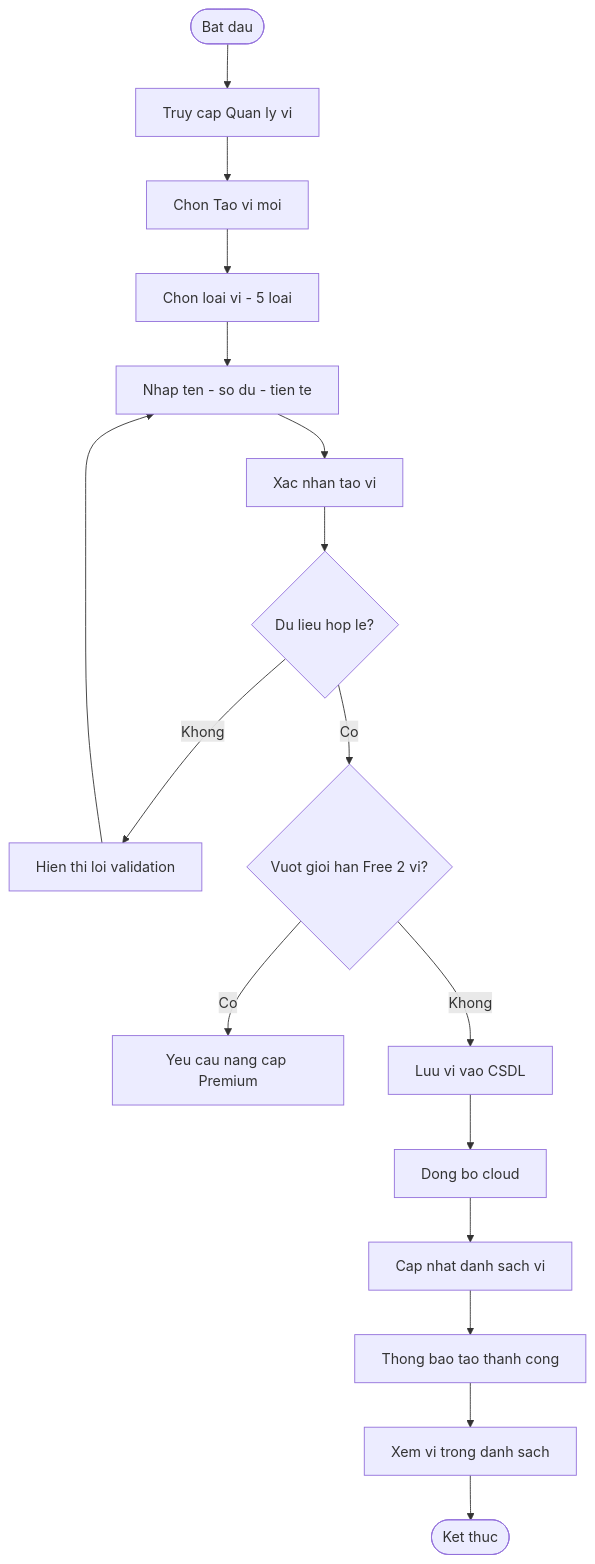
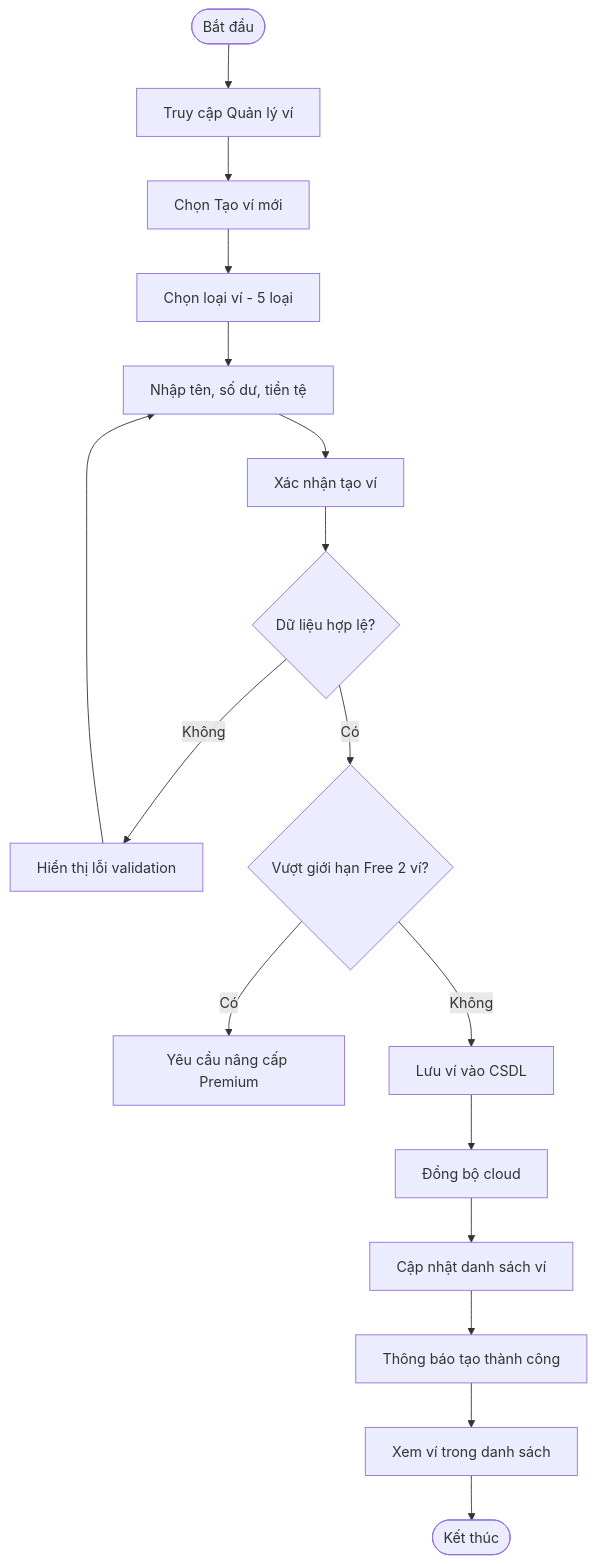
One commit to Hieu-vn/Graduation-Thesis changed the third of 10 diagrams in Nghiên cứu MISA MoneyKeeper.md. Above: the diagram before and after it, drawn with Mermaid. The commit also changed other lines of this file, not shown here.

````diff
--- a/Nghiên cứu MISA MoneyKeeper.md
+++ b/Nghiên cứu MISA MoneyKeeper.md
@@ -90,18 +90,18 @@
 ```mermaid
 flowchart TD
-    A([Bat dau]) --> B[Truy cap Quan ly vi]
-    B --> C[Chon Tao vi moi]
-    C --> D[Chon loai vi - 5 loai]
-    D --> E[Nhap ten - so du - tien te]
-    E --> F[Xac nhan tao vi]
-    F --> G{Du lieu hop le?}
-    G -->|Khong| G2[Hien thi loi validation] --> E
-    G -->|Co| H{Vuot gioi han Free 2 vi?}
-    H -->|Co| H2[Yeu cau nang cap Premium]
-    H -->|Khong| I[Luu vi vao CSDL]
-    I --> J[Dong bo cloud]
-    J --> K[Cap nhat danh sach vi]
-    K --> K2[Thong bao tao thanh cong]
-    K2 --> L[Xem vi trong danh sach]
-    L --> M([Ket thuc])
+    A([Bắt đầu]) --> B[Truy cập Quản lý ví]
+    B --> C[Chọn Tạo ví mới]
+    C --> D[Chọn loại ví - 5 loại]
+    D --> E[Nhập tên, số dư, tiền tệ]
+    E --> F[Xác nhận tạo ví]
+    F --> G{Dữ liệu hợp lệ?}
+    G -->|Không| G2[Hiển thị lỗi validation] --> E
+    G -->|Có| H{Vượt giới hạn Free 2 ví?}
+    H -->|Có| H2[Yêu cầu nâng cấp Premium]
+    H -->|Không| I[Lưu ví vào CSDL]
+    I --> J[Đồng bộ cloud]
+    J --> K[Cập nhật danh sách ví]
+    K --> K2[Thông báo tạo thành công]
+    K2 --> L[Xem ví trong danh sách]
+    L --> M([Kết thúc])
 ```
````
